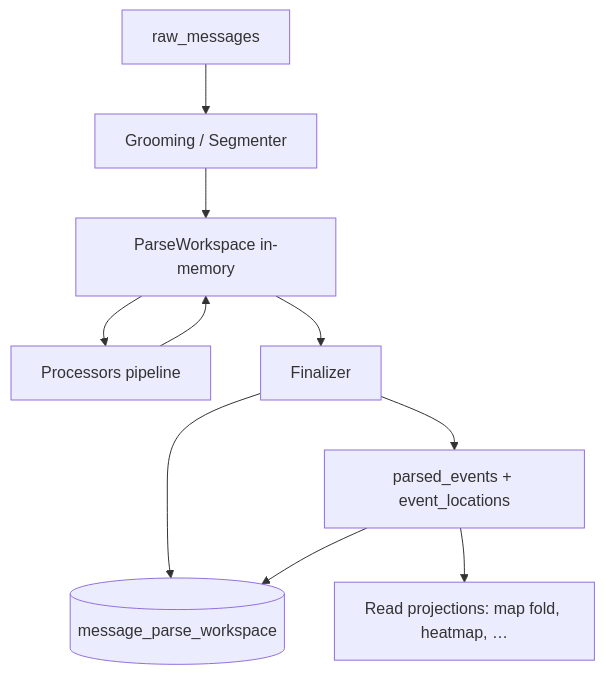
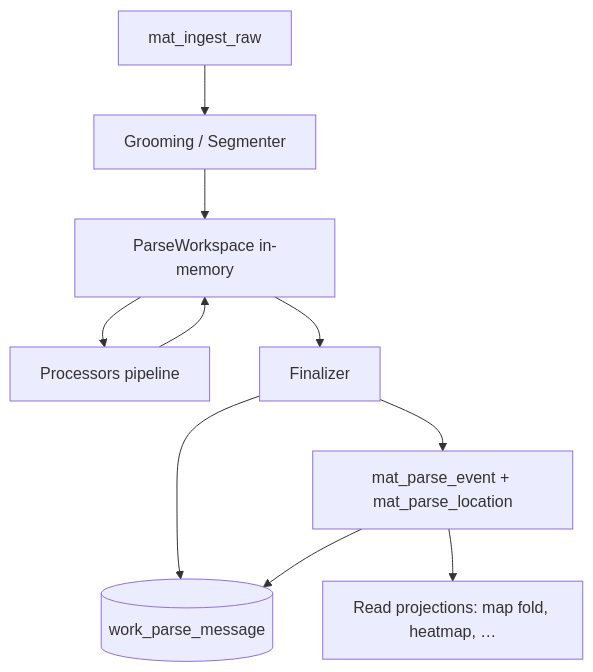
One commit to exclusiveLogin/radar changed the diagram in docs/rfc/parse-processor-workspace.md. Above: the diagram before and after it, drawn with Mermaid. The commit also changed other lines of this file and 312 other files, not shown here.

````diff
--- a/docs/rfc/parse-processor-workspace.md
+++ b/docs/rfc/parse-processor-workspace.md
@@ -28,12 +28,12 @@
 ```mermaid
 flowchart TD
-  RAW[raw_messages] --> GROOM[Grooming / Segmenter]
+  RAW[mat_ingest_raw] --> GROOM[Grooming / Segmenter]
   GROOM --> WS[ParseWorkspace in-memory]
   WS --> P1[Processors pipeline]
   P1 --> WS
   WS --> FIN[Finalizer]
-  FIN --> PE[parsed_events + event_locations]
-  FIN --> PWS[(message_parse_workspace)]
+  FIN --> PE[mat_parse_event + mat_parse_location]
+  FIN --> PWS[(work_parse_message)]
   PE --> PWS
   PE --> PROJ[Read projections: map fold, heatmap, …]
 ```
````
